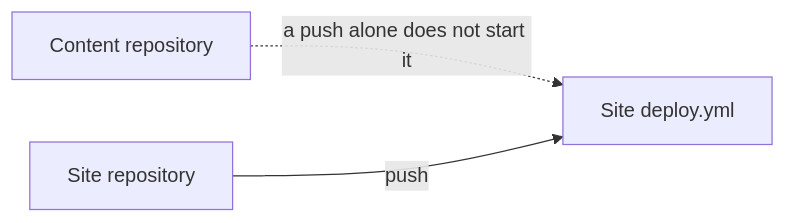
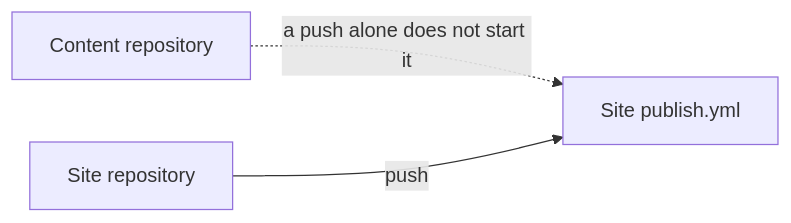
One commit to Rerurate514/riebeckite changed the fourth of 11 diagrams in docs/docs/guides/deployment/github-actions.md. Above: the diagram before and after it, drawn with Mermaid. The commit also changed other lines of this file and 55 other files, not shown here.

````diff
--- a/docs/docs/guides/deployment/github-actions.md
+++ b/docs/docs/guides/deployment/github-actions.md
@@ -265,9 +265,9 @@
 ```mermaid
 flowchart LR
     Content["Content repository"]
     Site["Site repository"]
-    Workflow["Site deploy.yml"]
+    Workflow["Site publish.yml"]
 
     Content -.->|"a push alone does not start it"| Workflow
     Site -->|"push"| Workflow
 ```
````
